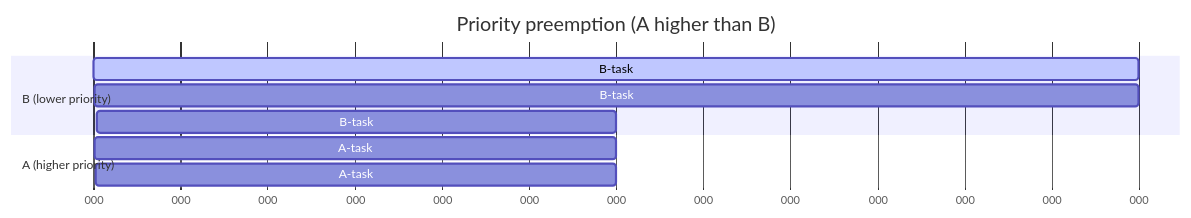
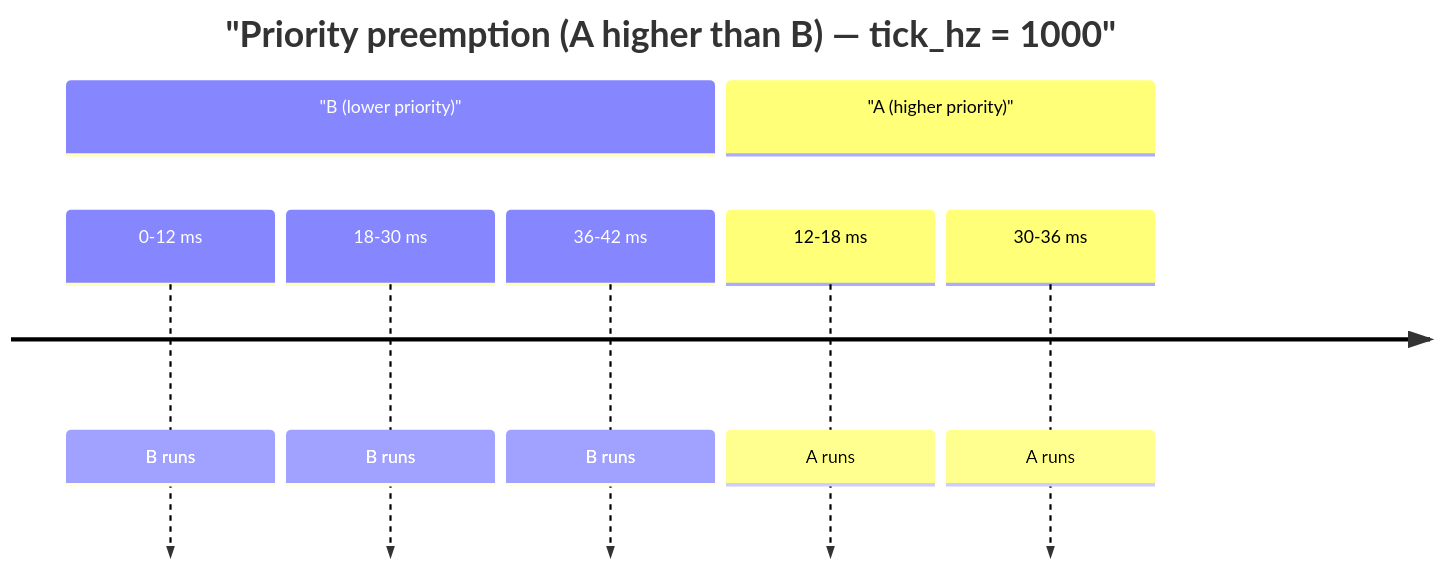
One commit to ExoSpaceLabs/hardrt changed the second of 2 diagrams in docs/EXAMPLES_C.md. Above: the diagram before and after it, drawn with Mermaid. The commit also changed other lines of this file and 1 other file, not shown here.

Commit message:
fix(heartos): change mermaid gantt charts to timeline.

````diff
--- a/docs/EXAMPLES_C.md
+++ b/docs/EXAMPLES_C.md
@@ -87,15 +84,11 @@
 ```mermaid
-gantt
-  title Priority preemption (A higher than B)
-  dateFormat  X
-  axisFormat  %L
-
-  section B (lower priority)
-  B-task :active, 0, 12
-  B-task : 18, 12
-  B-task : 36, 6
-
-  section A (higher priority)
-  A-task : 12, 6
-  A-task : 30, 6
+timeline
+  title "Priority preemption (A higher than B) — tick_hz = 1000"
+  section "B (lower priority)"
+  0-12 ms: B runs
+  18-30 ms: B runs
+  36-42 ms: B runs
+  section "A (higher priority)"
+  12-18 ms: A runs
+  30-36 ms: A runs
 ```
````
